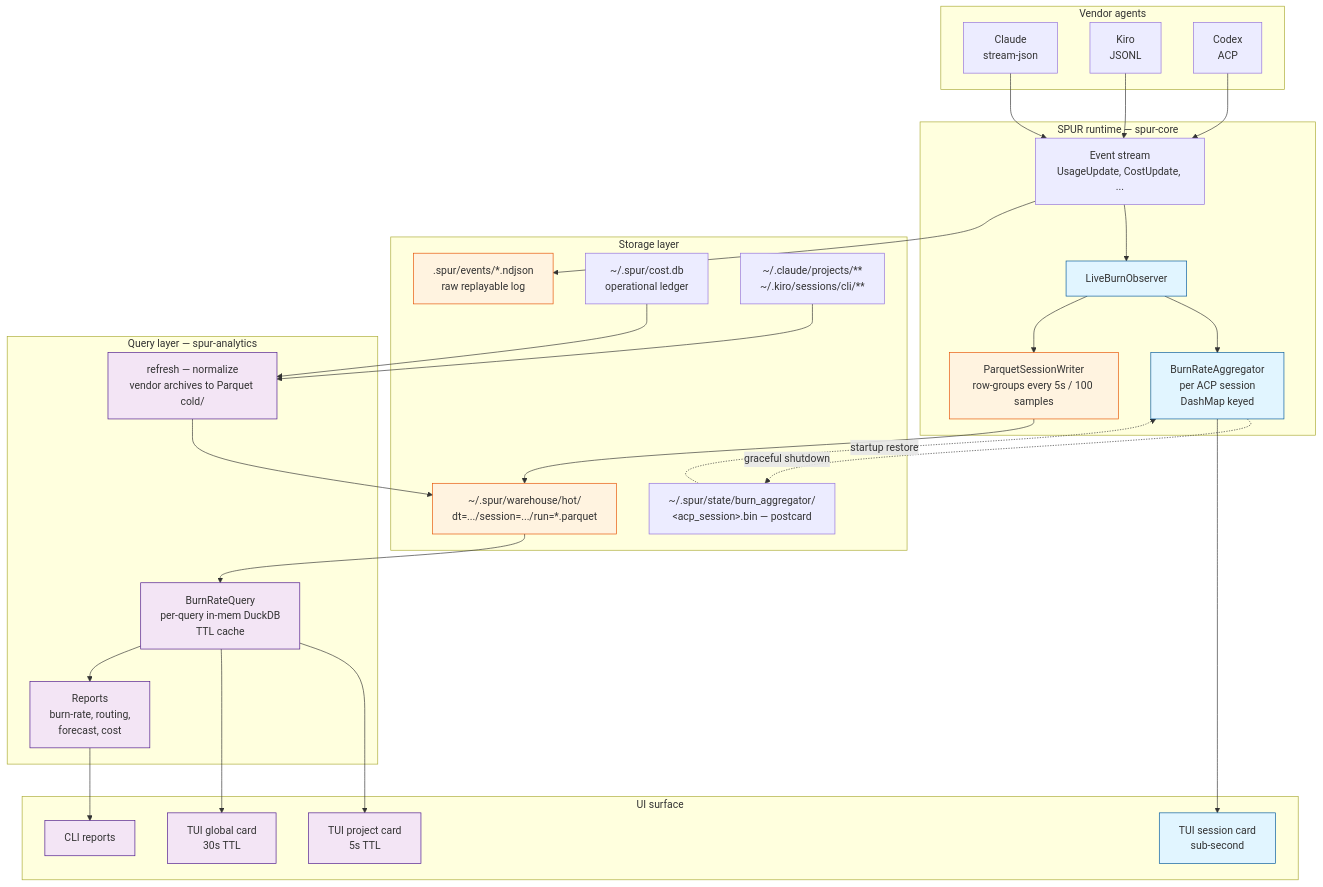
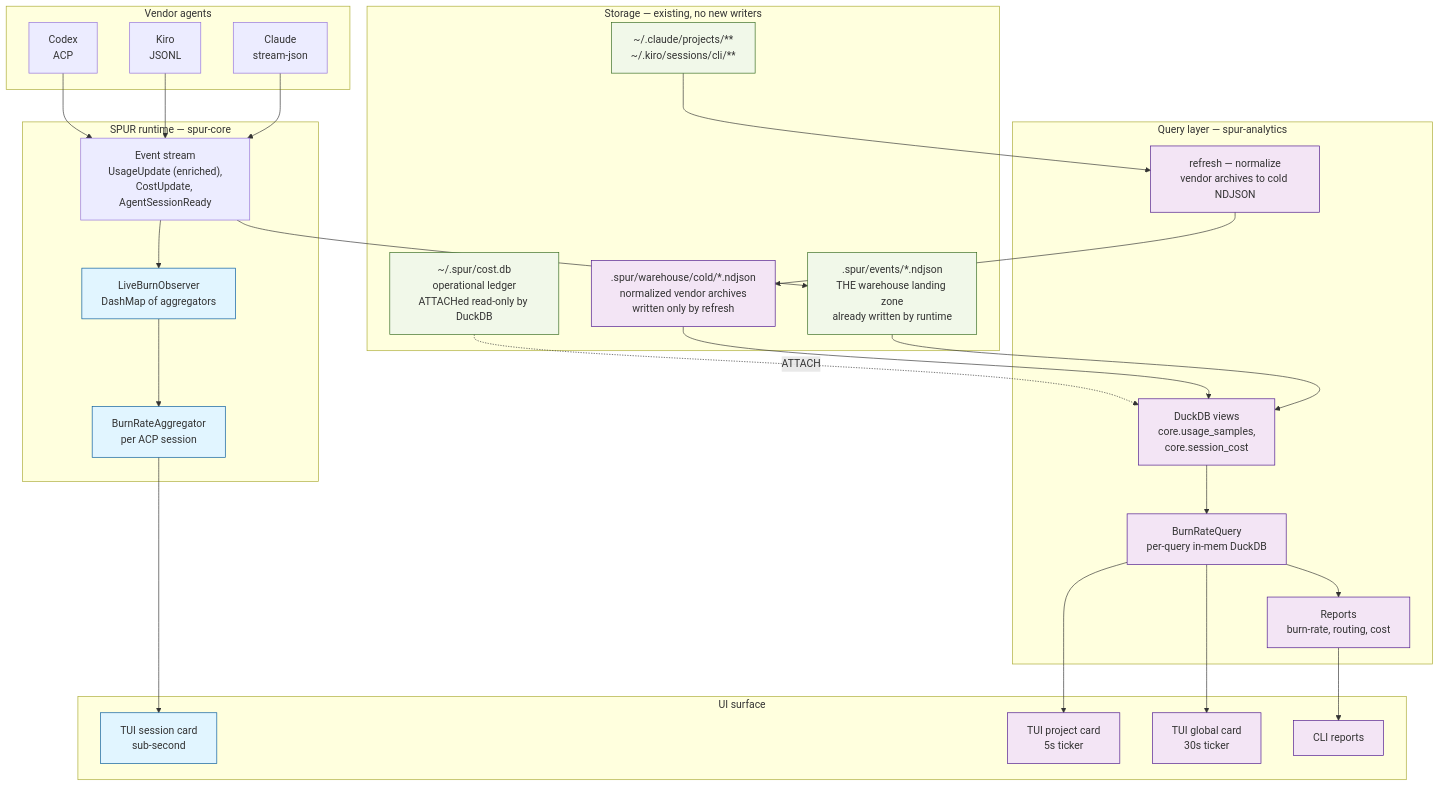
The first of 6 diagrams in docs/superpowers/specs/2026-04-18-duckdb-analytics-design.md (getspur/spur), drawn with Mermaid before and after one commit. The commit also changed other lines of this file, not shown here.

````diff
--- a/docs/superpowers/specs/2026-04-18-duckdb-analytics-design.md
+++ b/docs/superpowers/specs/2026-04-18-duckdb-analytics-design.md
@@ -77,65 +90,63 @@
 ```mermaid
 flowchart TB
   subgraph vendors["Vendor agents"]
     C["Claude<br/>stream-json"]
     K["Kiro<br/>JSONL"]
     X["Codex<br/>ACP"]
   end
 
   subgraph runtime["SPUR runtime — spur-core"]
-    ES["Event stream<br/>UsageUpdate, CostUpdate, ..."]
-    LBO["LiveBurnObserver"]
-    AGG["BurnRateAggregator<br/>per ACP session<br/>DashMap keyed"]
-    PW["ParquetSessionWriter<br/>row-groups every 5s / 100 samples"]
+    ES["Event stream<br/>UsageUpdate (enriched),<br/>CostUpdate, AgentSessionReady"]
+    LBO["LiveBurnObserver<br/>DashMap of aggregators"]
+    AGG["BurnRateAggregator<br/>per ACP session"]
   end
 
-  subgraph storage["Storage layer"]
-    NDJSON[".spur/events/*.ndjson<br/>raw replayable log"]
-    PARQ["~/.spur/warehouse/hot/<br/>dt=.../session=.../run=*.parquet"]
-    STATE["~/.spur/state/burn_aggregator/<br/>&lt;acp_session&gt;.bin — postcard"]
-    SQLITE["~/.spur/cost.db<br/>operational ledger"]
+  subgraph storage["Storage — existing, no new writers"]
+    NDJSON[".spur/events/*.ndjson<br/>THE warehouse landing zone<br/>already written by runtime"]
+    SQLITE["~/.spur/cost.db<br/>operational ledger<br/>ATTACHed read-only by DuckDB"]
     VENDOR_ARCH["~/.claude/projects/**<br/>~/.kiro/sessions/cli/**"]
+    COLD[".spur/warehouse/cold/*.ndjson<br/>normalized vendor archives<br/>written only by refresh"]
   end
 
   subgraph query["Query layer — spur-analytics"]
-    INGEST["refresh — normalize<br/>vendor archives to Parquet cold/"]
-    BRQ["BurnRateQuery<br/>per-query in-mem DuckDB<br/>TTL cache"]
-    RPT["Reports<br/>burn-rate, routing,<br/>forecast, cost"]
+    VIEWS["DuckDB views<br/>core.usage_samples,<br/>core.session_cost"]
+    INGEST["refresh — normalize<br/>vendor archives to cold NDJSON"]
+    BRQ["BurnRateQuery<br/>per-query in-mem DuckDB"]
+    RPT["Reports<br/>burn-rate, routing, cost"]
   end
 
   subgraph ui["UI surface"]
     TUI_S["TUI session card<br/>sub-second"]
-    TUI_P["TUI project card<br/>5s TTL"]
-    TUI_G["TUI global card<br/>30s TTL"]
+    TUI_P["TUI project card<br/>5s ticker"]
+    TUI_G["TUI global card<br/>30s ticker"]
     CLI["CLI reports"]
   end
 
   C --> ES
   K --> ES
   X --> ES
   ES --> LBO
   ES --> NDJSON
   LBO --> AGG
-  LBO --> PW
-  AGG -. graceful shutdown .-> STATE
-  STATE -. startup restore .-> AGG
-  PW --> PARQ
 
-  SQLITE --> INGEST
   VENDOR_ARCH --> INGEST
-  INGEST --> PARQ
+  INGEST --> COLD
+
+  NDJSON --> VIEWS
+  COLD --> VIEWS
+  SQLITE -. ATTACH .-> VIEWS
+  VIEWS --> BRQ
 
   AGG --> TUI_S
-  PARQ --> BRQ
   BRQ --> TUI_P
   BRQ --> TUI_G
   BRQ --> RPT
   RPT --> CLI
 
   classDef hot fill:#e1f5ff,stroke:#01579b
-  classDef warm fill:#fff3e0,stroke:#e65100
-  classDef cold fill:#f3e5f5,stroke:#4a148c
+  classDef reuse fill:#f1f8e9,stroke:#33691e
+  classDef cool fill:#f3e5f5,stroke:#4a148c
   class AGG,LBO,TUI_S hot
-  class PW,PARQ,NDJSON warm
-  class BRQ,RPT,TUI_P,TUI_G,CLI,INGEST cold
+  class NDJSON,SQLITE,VENDOR_ARCH reuse
+  class VIEWS,BRQ,RPT,TUI_P,TUI_G,CLI,INGEST,COLD cool
 ```
````
